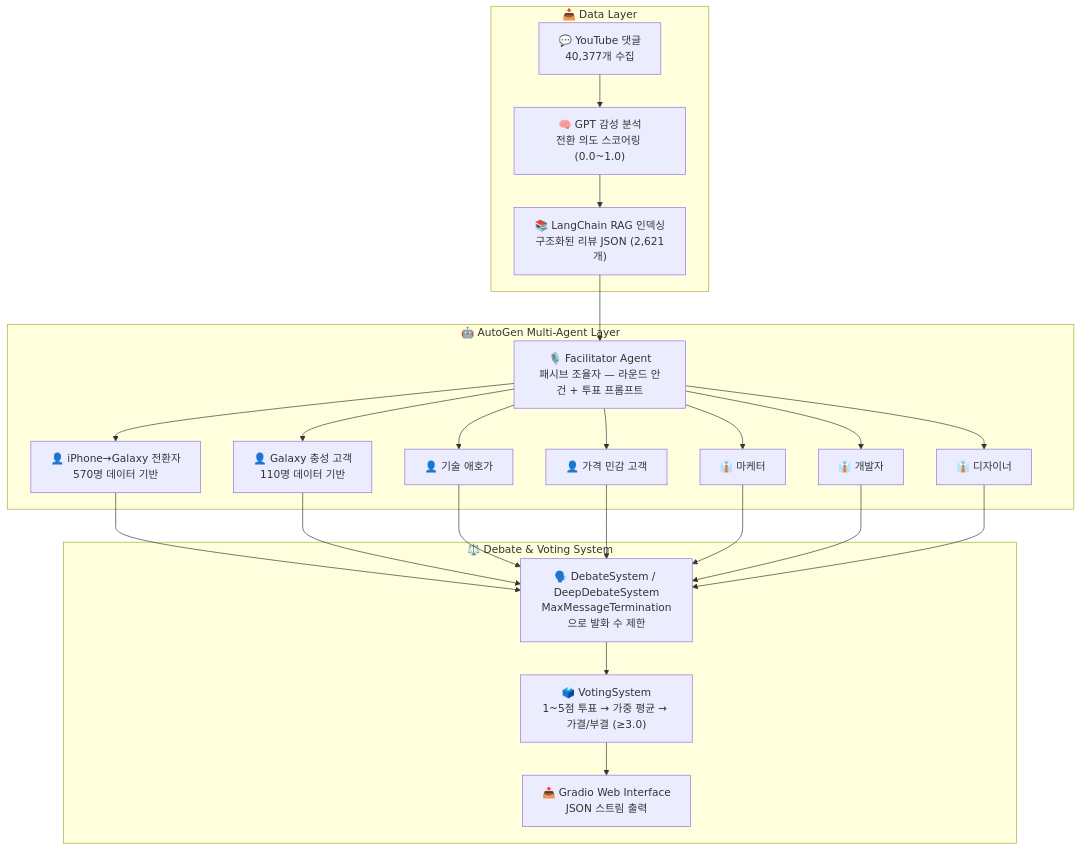
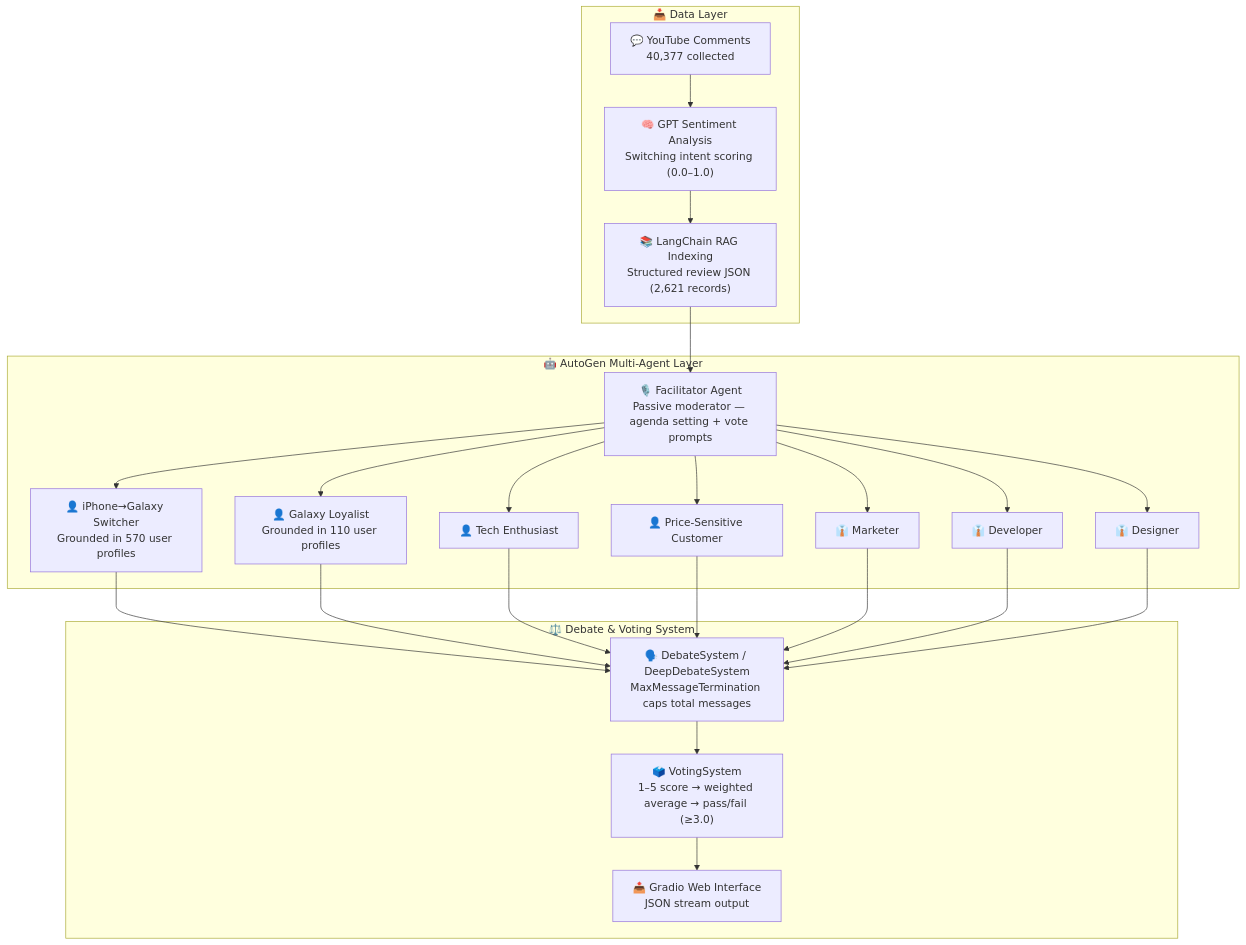
The diagram in README.md (pynoodle/agentic-persona-discussion-engine), drawn with Mermaid before and after one commit. The commit also changed other lines of this file, not shown here.

````diff
--- a/README.md
+++ b/README.md
@@ -35,32 +34,32 @@
 ```mermaid
 flowchart TD
     subgraph DATA["📥 Data Layer"]
-        YT["💬 YouTube 댓글\n40,377개 수집"]
-        SENTIMENT["🧠 GPT 감성 분석\n전환 의도 스코어링 (0.0~1.0)"]
-        RAG["📚 LangChain RAG 인덱싱\n구조화된 리뷰 JSON (2,621개)"]
+        YT["💬 YouTube Comments\n40,377 collected"]
+        SENTIMENT["🧠 GPT Sentiment Analysis\nSwitching intent scoring (0.0–1.0)"]
+        RAG["📚 LangChain RAG Indexing\nStructured review JSON (2,621 records)"]
     end
 
     subgraph AGENTS["🤖 AutoGen Multi-Agent Layer"]
-        FAC["🎙️ Facilitator Agent\n패시브 조율자 — 라운드 안건 + 투표 프롬프트"]
-        C1["👤 iPhone→Galaxy 전환자\n570명 데이터 기반"]
-        C2["👤 Galaxy 충성 고객\n110명 데이터 기반"]
-        C3["👤 기술 애호가"]
-        C4["👤 가격 민감 고객"]
-        E1["👔 마케터"]
-        E2["👔 개발자"]
-        E3["👔 디자이너"]
+        FAC["🎙️ Facilitator Agent\nPassive moderator — agenda setting + vote prompts"]
+        C1["👤 iPhone→Galaxy Switcher\nGrounded in 570 user profiles"]
+        C2["👤 Galaxy Loyalist\nGrounded in 110 user profiles"]
+        C3["👤 Tech Enthusiast"]
+        C4["👤 Price-Sensitive Customer"]
+        E1["👔 Marketer"]
+        E2["👔 Developer"]
+        E3["👔 Designer"]
     end
 
     subgraph DEBATE["⚖️ Debate & Voting System"]
-        DB["🗣️ DebateSystem / DeepDebateSystem\nMaxMessageTermination으로 발화 수 제한"]
-        VOTE["🗳️ VotingSystem\n1~5점 투표 → 가중 평균 → 가결/부결 (≥3.0)"]
-        OUT["📤 Gradio Web Interface\nJSON 스트림 출력"]
+        DB["🗣️ DebateSystem / DeepDebateSystem\nMaxMessageTermination caps total messages"]
+        VOTE["🗳️ VotingSystem\n1–5 score → weighted average → pass/fail (≥3.0)"]
+        OUT["📤 Gradio Web Interface\nJSON stream output"]
     end
 
     YT --> SENTIMENT --> RAG
     RAG --> FAC
     FAC --> C1 & C2 & C3 & C4
     FAC --> E1 & E2 & E3
     C1 & C2 & C3 & C4 & E1 & E2 & E3 --> DB
     DB --> VOTE --> OUT
 ```
````
